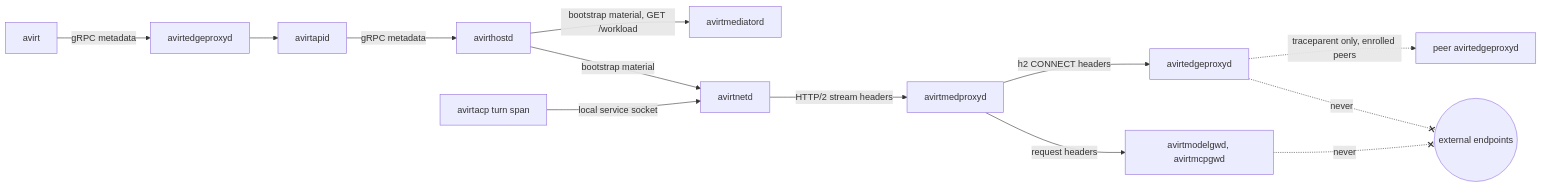
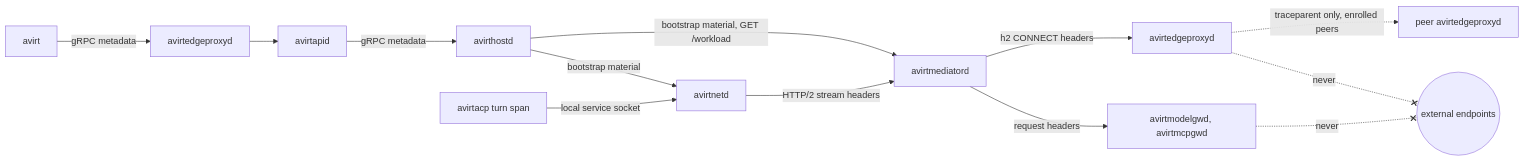
One commit to tbhb-dev/avirt changed the first of 2 diagrams in docs/observability.md. Above: the diagram before and after it, drawn with Mermaid. The commit also changed other lines of this file and 116 other files, not shown here.

````diff
--- a/docs/observability.md
+++ b/docs/observability.md
@@ -299,15 +291,15 @@
 ```mermaid
 flowchart LR
     cli["avirt"] -->|"gRPC metadata"| fd["avirtedgeproxyd"]
     fd --> proxyd["avirtapid"]
     proxyd -->|"gRPC metadata"| hostd["avirthostd"]
-    hostd -->|"bootstrap material, GET /workload"| med["avirtmediatord"]
+    hostd -->|"bootstrap material, GET /workload"| me["avirtmediatord"]
     hostd -->|"bootstrap material"| net["avirtnetd"]
-    net -->|"HTTP/2 stream headers"| me["avirtmedproxyd"]
+    net -->|"HTTP/2 stream headers"| me["avirtmediatord"]
     acp["avirtacp turn span"] -->|"local service socket"| net
     me -->|"h2 CONNECT headers"| fd2["avirtedgeproxyd"]
     me -->|"request headers"| gw["avirtmodelgwd, avirtmcpgwd"]
     fd2 -.->|"traceparent only, enrolled peers"| pfd["peer avirtedgeproxyd"]
     fd2 -.-x|"never"| ext(("external endpoints"))
     gw -.-x|"never"| ext
 ```
````
